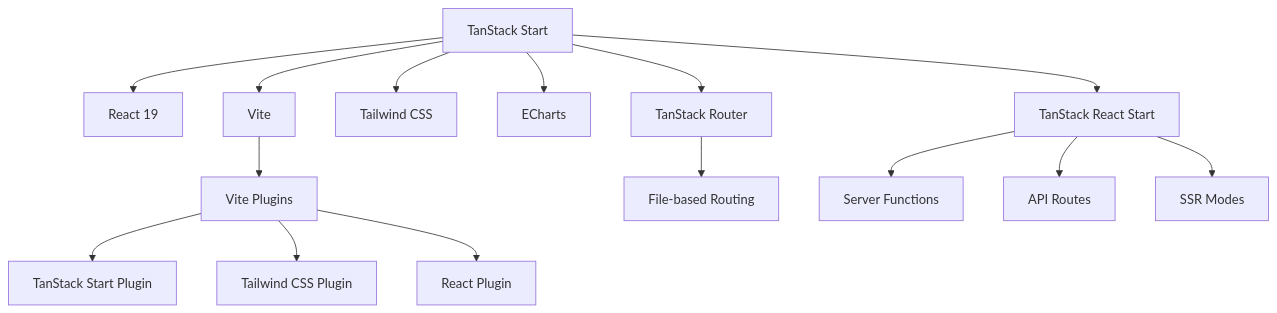
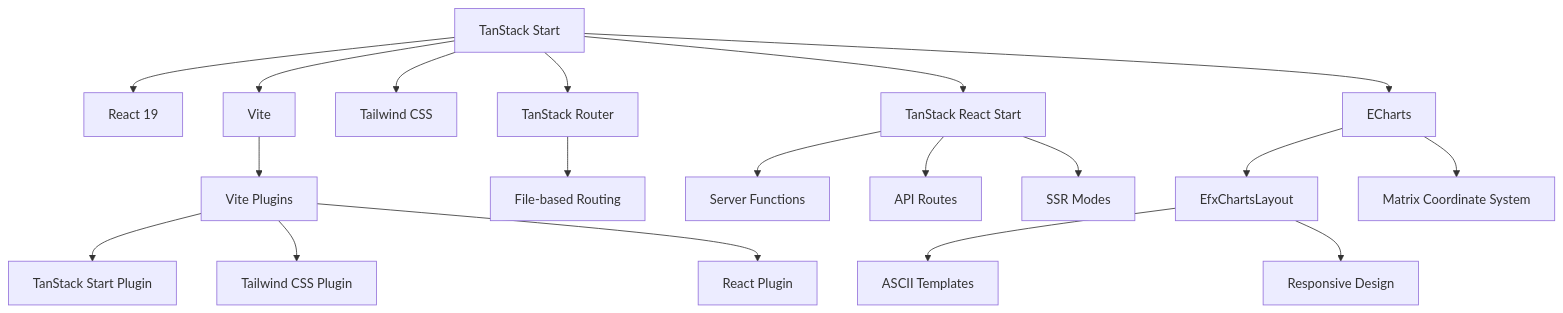
The ninth of 9 diagrams in .qoder/repowiki/en/content/Project Overview.md (electroheadfx/efx-libs), drawn with Mermaid before and after one commit. The commit also changed other lines of this file and 5 other files, not shown here.

First line of the commit message:
refactor(efx-charts): simplify deferred data handling and clean chart props

````diff
--- a/.qoder/repowiki/en/content/Project Overview.md
+++ b/.qoder/repowiki/en/content/Project Overview.md
@@ -217,17 +339,21 @@
 ```mermaid
 graph TD
 A[TanStack Start] --> B[React 19]
 A --> C[Vite]
 A --> D[Tailwind CSS]
 A --> E[ECharts]
 A --> F[TanStack Router]
 A --> G[TanStack React Start]
 C --> H[Vite Plugins]
 H --> I[TanStack Start Plugin]
 H --> J[Tailwind CSS Plugin]
 H --> K[React Plugin]
 F --> L[File-based Routing]
 G --> M[Server Functions]
 G --> N[API Routes]
 G --> O[SSR Modes]
+E --> P[EfxChartsLayout]
+E --> Q[Matrix Coordinate System]
+P --> R[ASCII Templates]
+P --> S[Responsive Design]
 ```
````
